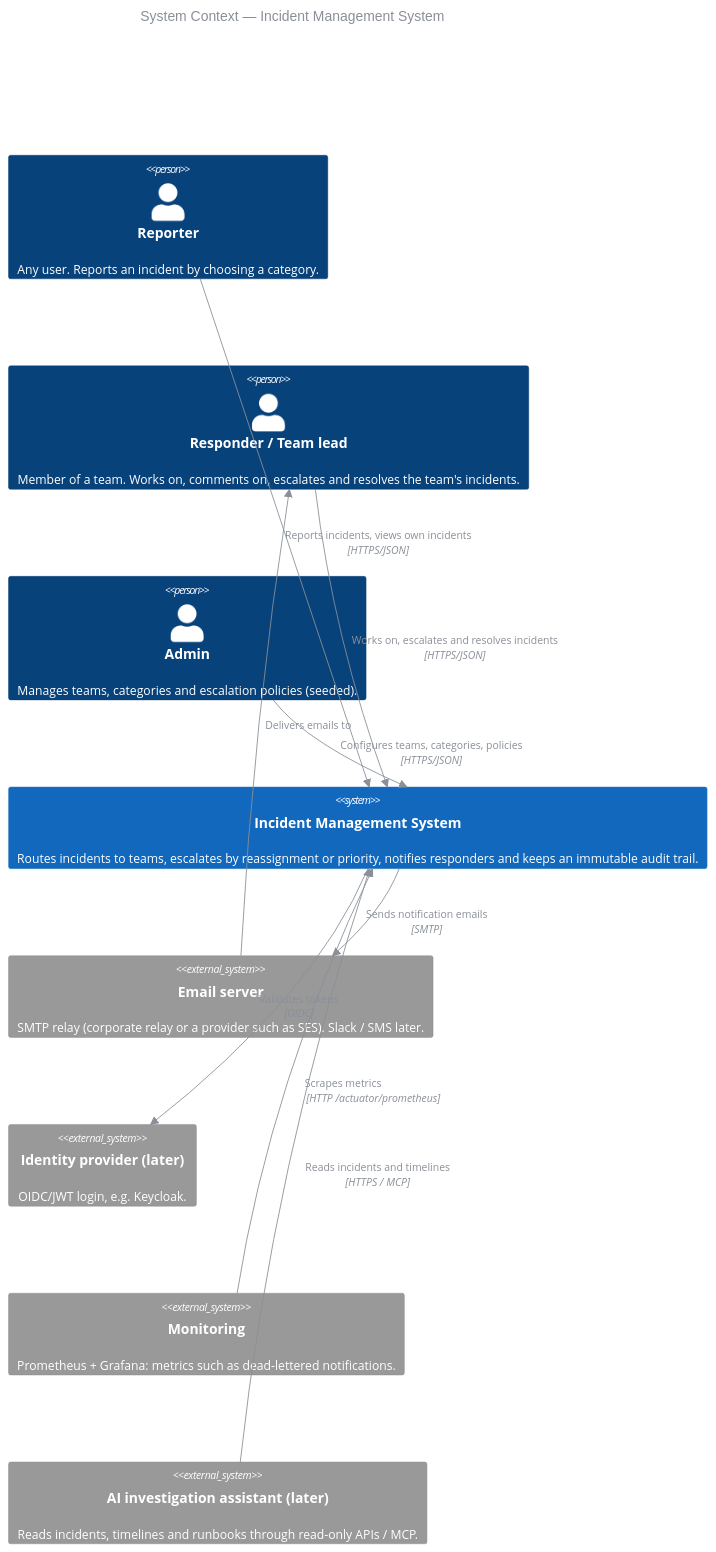
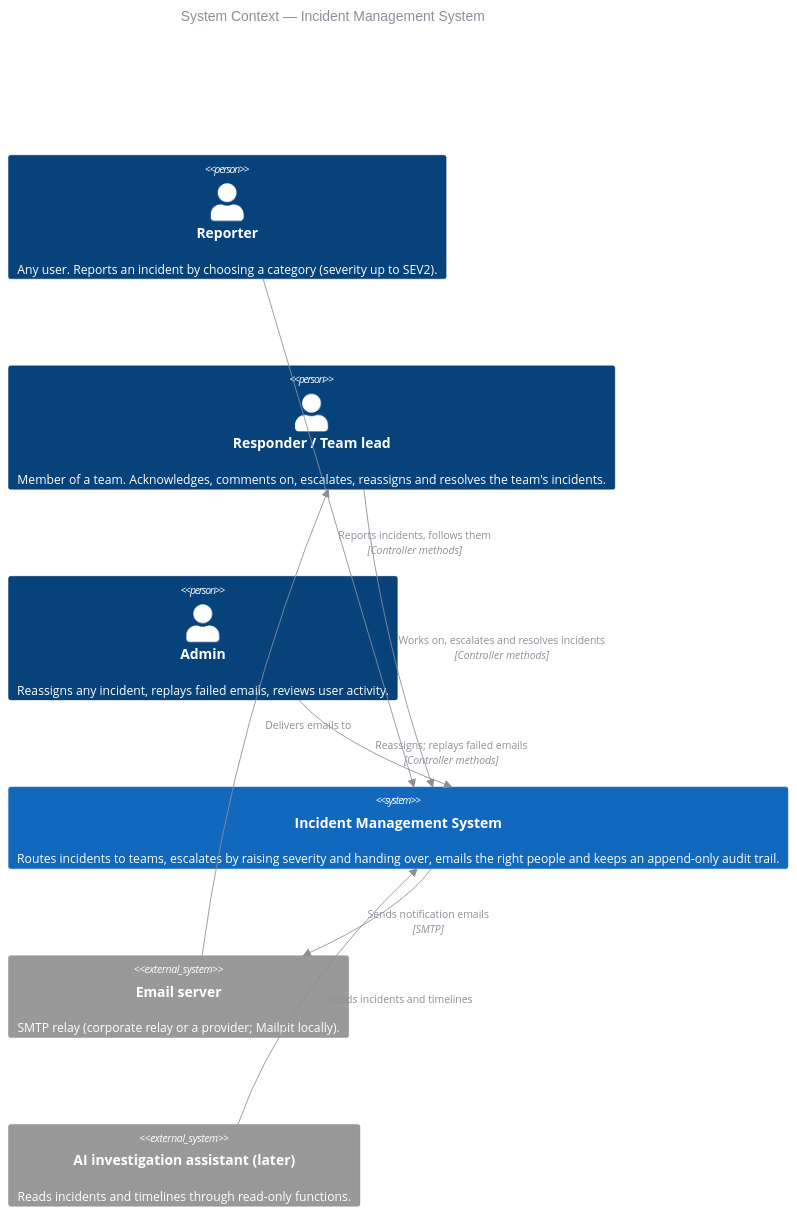
One commit to t-h-e-silence/IncidentManagmentTool changed the first of 4 diagrams in docs/c4-model.md. Above: the diagram before and after it, drawn with Mermaid. The commit also changed other lines of this file and 5 other files, not shown here.

First line of the commit message:
Add admin functions, README and updated design docs (step 6)

````diff
--- a/docs/c4-model.md
+++ b/docs/c4-model.md
@@ -24,35 +24,29 @@
 ```mermaid
 %%{init: {"themeVariables": {"textColor": "#8A8F98"}}}%%
 C4Context
     title System Context — Incident Management System
 
-    Person(reporter, "Reporter", "Any user. Reports an incident by choosing a category.")
-    Person(responder, "Responder / Team lead", "Member of a team. Works on, comments on, escalates and resolves the team's incidents.")
-    Person(admin, "Admin", "Manages teams, categories and escalation policies (seeded).")
+    Person(reporter, "Reporter", "Any user. Reports an incident by choosing a category (severity up to SEV2).")
+    Person(responder, "Responder / Team lead", "Member of a team. Acknowledges, comments on, escalates, reassigns and resolves the team's incidents.")
+    Person(admin, "Admin", "Reassigns any incident, replays failed emails, reviews user activity.")
 
-    System(ims, "Incident Management System", "Routes incidents to teams, escalates by reassignment or priority, notifies responders and keeps an immutable audit trail.")
+    System(ims, "Incident Management System", "Routes incidents to teams, escalates by raising severity and handing over, emails the right people and keeps an append-only audit trail.")
 
-    System_Ext(channels, "Email server", "SMTP relay (corporate relay or a provider such as SES). Slack / SMS later.")
-    System_Ext(idp, "Identity provider (later)", "OIDC/JWT login, e.g. Keycloak.")
-    System_Ext(monitoring, "Monitoring", "Prometheus + Grafana: metrics such as dead-lettered notifications.")
-    System_Ext(ai, "AI investigation assistant (later)", "Reads incidents, timelines and runbooks through read-only APIs / MCP.")
+    System_Ext(smtp, "Email server", "SMTP relay (corporate relay or a provider; Mailpit locally).")
+    System_Ext(ai, "AI investigation assistant (later)", "Reads incidents and timelines through read-only functions.")
 
-    Rel(reporter, ims, "Reports incidents, views own incidents", "HTTPS/JSON")
-    Rel(responder, ims, "Works on, escalates and resolves incidents", "HTTPS/JSON")
-    Rel(admin, ims, "Configures teams, categories, policies", "HTTPS/JSON")
-    Rel(ims, channels, "Sends notification emails", "SMTP")
-    Rel(ims, idp, "Validates tokens", "OIDC")
-    Rel(monitoring, ims, "Scrapes metrics", "HTTP /actuator/prometheus")
-    Rel(ai, ims, "Reads incidents and timelines", "HTTPS / MCP")
-    Rel(channels, responder, "Delivers emails to")
+    Rel(reporter, ims, "Reports incidents, follows them", "Controller methods")
+    Rel(responder, ims, "Works on, escalates and resolves incidents", "Controller methods")
+    Rel(admin, ims, "Reassigns; replays failed emails", "Controller methods")
+    Rel(ims, smtp, "Sends notification emails", "SMTP")
+    Rel(ai, ims, "Reads incidents and timelines")
+    Rel(smtp, responder, "Delivers emails to")
 
     UpdateRelStyle(reporter, ims, $textColor="#8A8F98", $lineColor="#8A8F98")
     UpdateRelStyle(responder, ims, $textColor="#8A8F98", $lineColor="#8A8F98")
     UpdateRelStyle(admin, ims, $textColor="#8A8F98", $lineColor="#8A8F98")
-    UpdateRelStyle(ims, channels, $textColor="#8A8F98", $lineColor="#8A8F98")
-    UpdateRelStyle(ims, idp, $textColor="#8A8F98", $lineColor="#8A8F98")
-    UpdateRelStyle(monitoring, ims, $textColor="#8A8F98", $lineColor="#8A8F98")
+    UpdateRelStyle(ims, smtp, $textColor="#8A8F98", $lineColor="#8A8F98")
     UpdateRelStyle(ai, ims, $textColor="#8A8F98", $lineColor="#8A8F98")
-    UpdateRelStyle(channels, responder, $textColor="#8A8F98", $lineColor="#8A8F98")
+    UpdateRelStyle(smtp, responder, $textColor="#8A8F98", $lineColor="#8A8F98")
     UpdateLayoutConfig($c4ShapeInRow="3", $c4BoundaryInRow="1")
 ```
````
